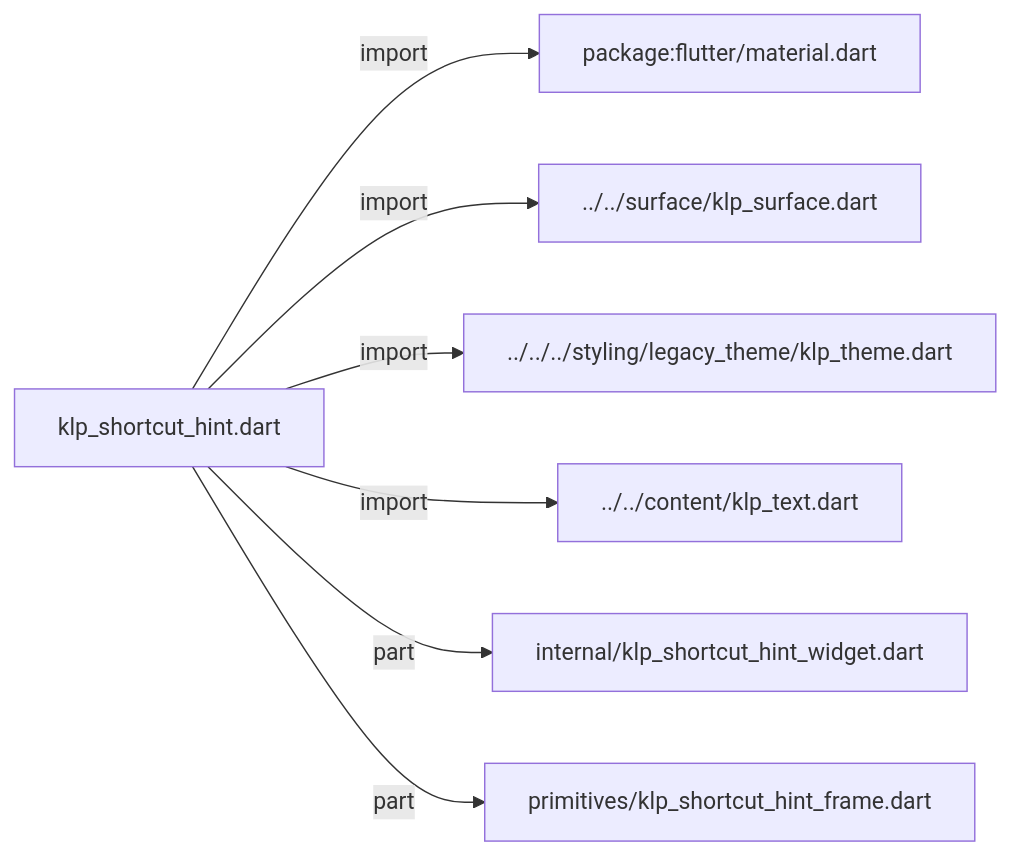
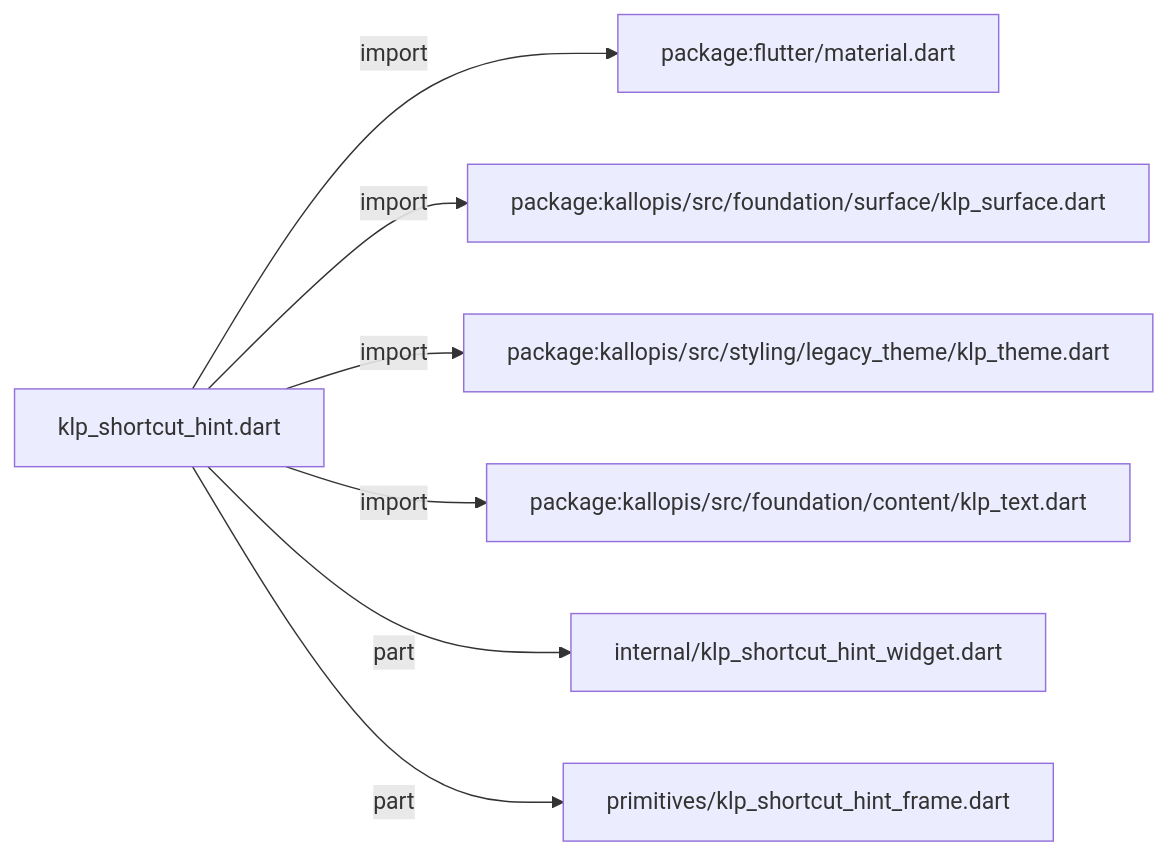
One commit to MiuDog/Kallopis changed the diagram in docs/architecture/src/foundation/interaction/filter/klp_shortcut_hint.md. Above: the diagram before and after it, drawn with Mermaid. The commit also changed other lines of this file and 9688 other files, not shown here.

Commit message:
Prepare isolated Flow F2 peer baseline

````diff
--- a/docs/architecture/src/foundation/interaction/filter/klp_shortcut_hint.md
+++ b/docs/architecture/src/foundation/interaction/filter/klp_shortcut_hint.md
@@ -11,16 +11,16 @@
 ```mermaid
 flowchart LR
 	n0["klp_shortcut_hint.dart"]
 	n1["package:flutter/material.dart"]
-	n2["../../surface/klp_surface.dart"]
-	n3["../../../styling/legacy_theme/klp_theme.dart"]
-	n4["../../content/klp_text.dart"]
+	n2["package:kallopis/src/foundation/surface/klp_surface.dart"]
+	n3["package:kallopis/src/styling/legacy_theme/klp_theme.dart"]
+	n4["package:kallopis/src/foundation/content/klp_text.dart"]
 	n5["internal/klp_shortcut_hint_widget.dart"]
 	n6["primitives/klp_shortcut_hint_frame.dart"]
 	n0 -->|"import"| n1
 	n0 -->|"import"| n2
 	n0 -->|"import"| n3
 	n0 -->|"import"| n4
 	n0 -->|"part"| n5
 	n0 -->|"part"| n6
 ```
````
